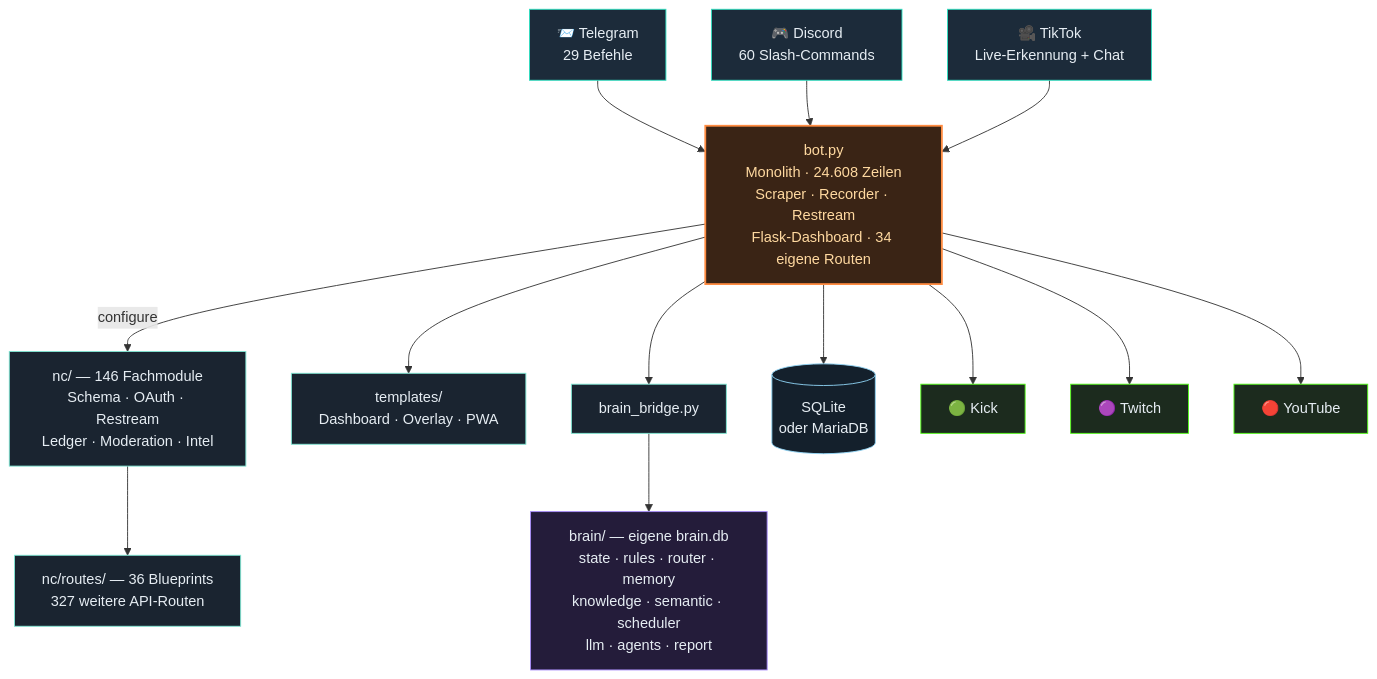
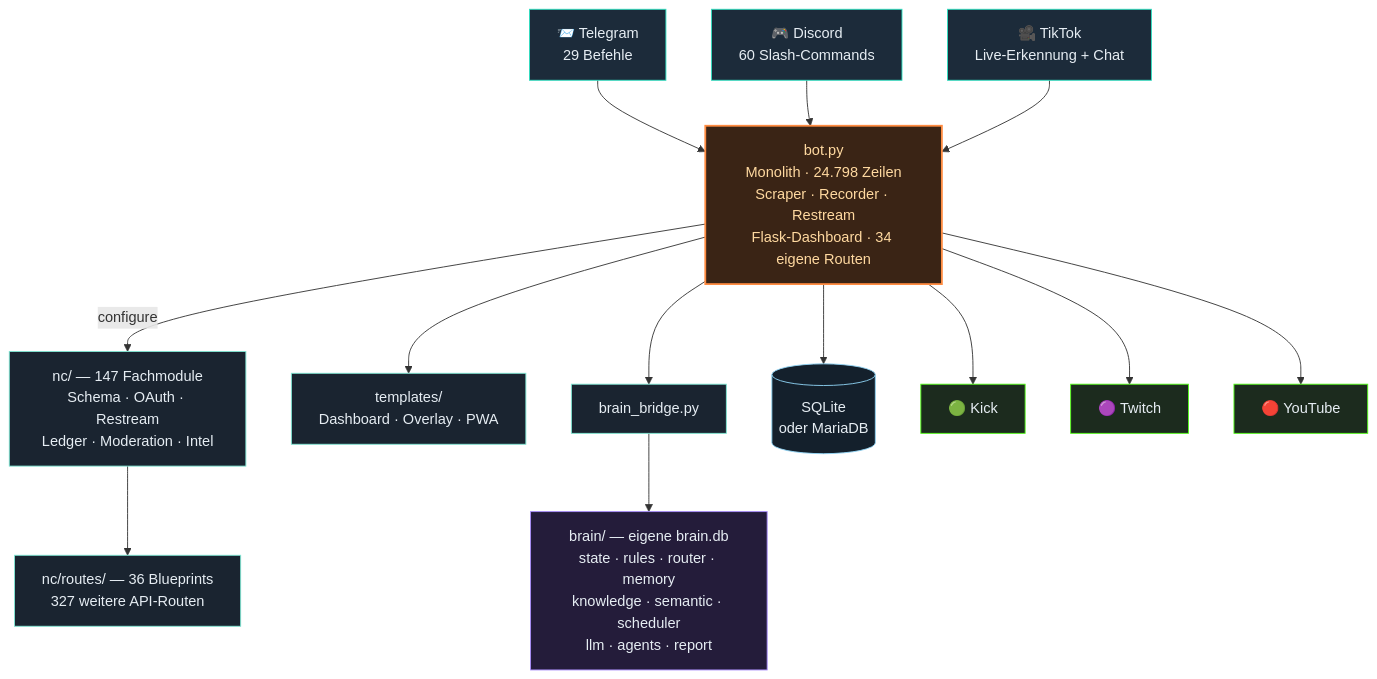
One commit to itsamemedev/Telegram-Stream-Info-Bot changed the third of 4 diagrams in README.md. Above: the diagram before and after it, drawn with Mermaid. The commit also changed other lines of this file and 10 other files, not shown here.

````diff
--- a/README.md
+++ b/README.md
@@ -189,30 +189,30 @@
 ```mermaid
 flowchart TB
     TG["📨 Telegram<br/>29 Befehle"]:::ein
     DC["🎮 Discord<br/>60 Slash-Commands"]:::ein
     TT["🎥 TikTok<br/>Live-Erkennung + Chat"]:::ein
 
     TG --> BOT
     DC --> BOT
     TT --> BOT
 
-    BOT["bot.py<br/>Monolith · 24.608 Zeilen<br/>Scraper · Recorder · Restream<br/>Flask-Dashboard · 34 eigene Routen"]:::core
+    BOT["bot.py<br/>Monolith · 24.798 Zeilen<br/>Scraper · Recorder · Restream<br/>Flask-Dashboard · 34 eigene Routen"]:::core
 
-    BOT -->|configure| NC["nc/ — 146 Fachmodule<br/>Schema · OAuth · Restream<br/>Ledger · Moderation · Intel"]:::lib
+    BOT -->|configure| NC["nc/ — 147 Fachmodule<br/>Schema · OAuth · Restream<br/>Ledger · Moderation · Intel"]:::lib
     NC --> RT["nc/routes/ — 36 Blueprints<br/>327 weitere API-Routen"]:::lib
     BOT --> TPL["templates/<br/>Dashboard · Overlay · PWA"]:::lib
     BOT --> BR["brain_bridge.py"]:::lib
     BR --> BRAIN["brain/ — eigene brain.db<br/>state · rules · router · memory<br/>knowledge · semantic · scheduler<br/>llm · agents · report"]:::brain
     BOT --> DB[("SQLite<br/>oder MariaDB")]:::db
 
     BOT --> KICK["🟢 Kick"]:::out
     BOT --> TW["🟣 Twitch"]:::out
     BOT --> YT["🔴 YouTube"]:::out
 
     classDef ein fill:#1c2b3a,stroke:#2de1c2,color:#e6edf3
     classDef core fill:#3a2415,stroke:#ff8c42,stroke-width:2px,color:#ffd9a0
     classDef lib fill:#1a2430,stroke:#7fe7d4,color:#e6edf3
     classDef brain fill:#241c3a,stroke:#a78bfa,color:#e6edf3
     classDef db fill:#14202c,stroke:#8fd3f4,color:#e6edf3
     classDef out fill:#1c2b1e,stroke:#53fc18,color:#e6edf3
 ```
````
